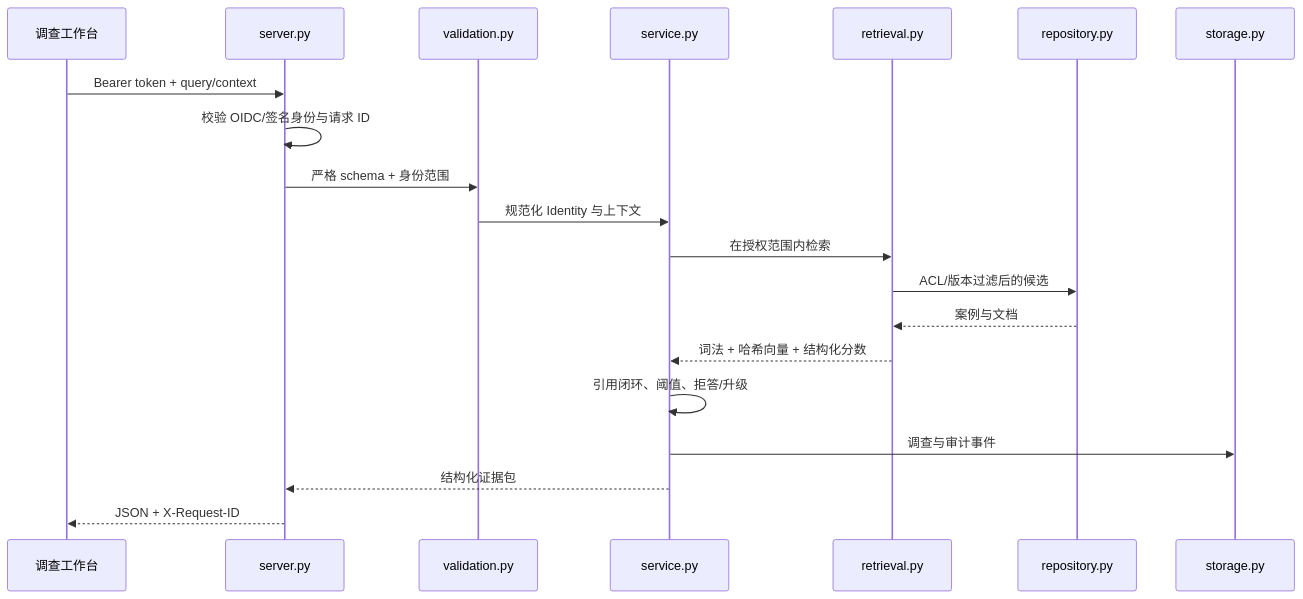
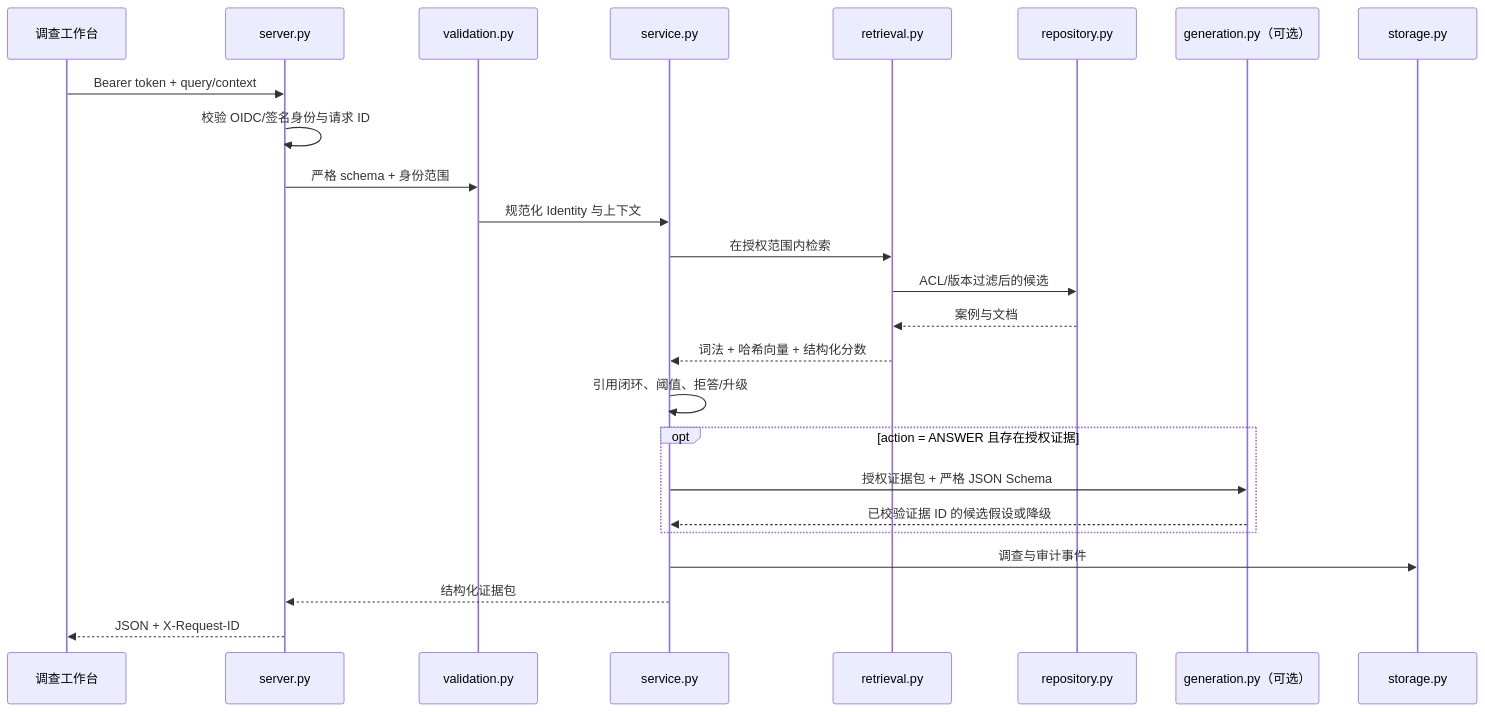
One commit to wangkeyu-u/seagate-wuxi-rag-poc changed the first of 2 diagrams in docs/architecture-walkthrough.md. Above: the diagram before and after it, drawn with Mermaid. The commit also changed other lines of this file and 14 other files, not shown here.

````diff
--- a/docs/architecture-walkthrough.md
+++ b/docs/architecture-walkthrough.md
@@ -7,22 +7,27 @@
 ```mermaid
 sequenceDiagram
     participant UI as 调查工作台
     participant HTTP as server.py
     participant VAL as validation.py
     participant SVC as service.py
     participant RET as retrieval.py
     participant REP as repository.py
+    participant GEN as generation.py（可选）
     participant DB as storage.py
     UI->>HTTP: Bearer token + query/context
     HTTP->>HTTP: 校验 OIDC/签名身份与请求 ID
     HTTP->>VAL: 严格 schema + 身份范围
     VAL->>SVC: 规范化 Identity 与上下文
     SVC->>RET: 在授权范围内检索
     RET->>REP: ACL/版本过滤后的候选
     REP-->>RET: 案例与文档
     RET-->>SVC: 词法 + 哈希向量 + 结构化分数
     SVC->>SVC: 引用闭环、阈值、拒答/升级
+    opt action = ANSWER 且存在授权证据
+        SVC->>GEN: 授权证据包 + 严格 JSON Schema
+        GEN-->>SVC: 已校验证据 ID 的候选假设或降级
+    end
     SVC->>DB: 调查与审计事件
     SVC-->>HTTP: 结构化证据包
     HTTP-->>UI: JSON + X-Request-ID
 ```
````
